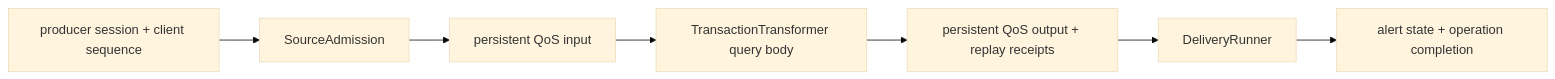
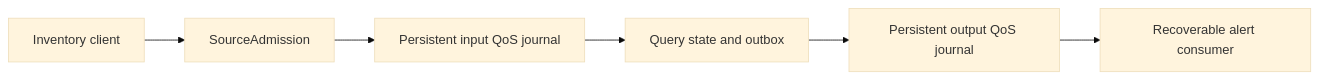
Before and after one commit to drasi-project/drasi-core: the seventh of 9 diagrams in lib/docs/developer-guide/README.md, drawn with Mermaid (base theme). The commit also changed other lines of this file and 9 other files, not shown here.

````diff
--- a/lib/docs/developer-guide/README.md
+++ b/lib/docs/developer-guide/README.md
@@ -1248,9 +1923,8 @@
 ```mermaid
 flowchart LR
-    Client["producer session + client sequence"] --> I["SourceAdmission"]
-    I --> IJ["persistent QoS input"]
-    IJ --> Q["TransactionTransformer query body"]
-    Q --> OJ["persistent QoS output + replay receipts"]
-    OJ --> D["DeliveryRunner"]
-    D --> S["alert state + operation completion"]
+    Client["Inventory client"] --> Admission["SourceAdmission"]
+    Admission --> Input["Persistent input QoS journal"]
+    Input --> Query["Query state and outbox"]
+    Query --> Output["Persistent output QoS journal"]
+    Output --> Alerts["Recoverable alert consumer"]
 ```
````
